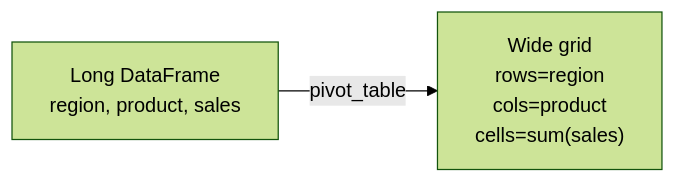
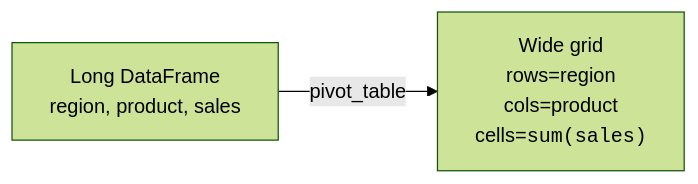
One commit to dataslope/dataslope changed the diagram in content/learn/data-analysis-python-pandas/pivot-tables.mdx. Above: the diagram before and after it, drawn with Mermaid (forest theme). The commit also changed 218 other files, not shown here.

First line of the commit message:
Render code-only mermaid shapes in monospace; convert step sequences to Steps (#467)

````diff
--- a/content/learn/data-analysis-python-pandas/pivot-tables.mdx
+++ b/content/learn/data-analysis-python-pandas/pivot-tables.mdx
@@ -12,4 +12,4 @@
 ```mermaid
 flowchart LR
-  L["Long DataFrame<br/>region, product, sales"] -->|pivot_table| W["Wide grid<br/>rows=region<br/>cols=product<br/>cells=sum(sales)"]
+  L["Long DataFrame<br/>region, product, sales"] -->|pivot_table| W["Wide grid<br/>rows=region<br/>cols=product<br/>cells=<code>sum(sales)</code>"]
 ```
````
